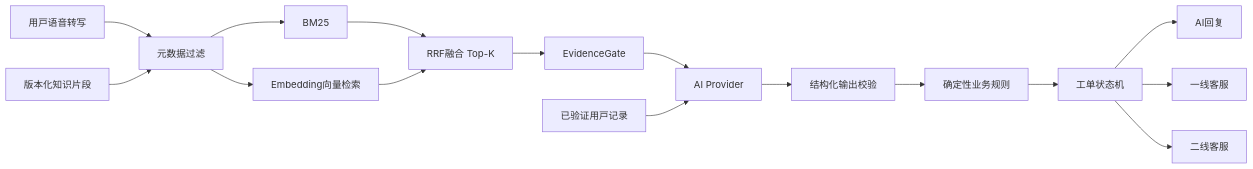
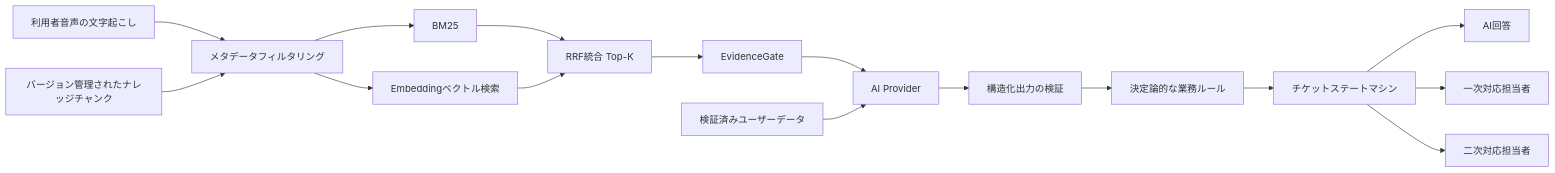
One commit to avrilray-np/customer-service-copilot changed the diagram in README.md. Above: the diagram before and after it, drawn with Mermaid. The commit also changed other lines of this file, not shown here.

````diff
--- a/README.md
+++ b/README.md
@@ -32,18 +32,18 @@
 ```mermaid
 flowchart LR
-    U[用户语音转写] --> M[元数据过滤]
-    K[版本化知识片段] --> M
+    U[利用者音声の文字起こし] --> M[メタデータフィルタリング]
+    K[バージョン管理されたナレッジチャンク] --> M
     M --> B[BM25]
-    M --> V[Embedding向量检索]
-    B --> F[RRF融合 Top-K]
+    M --> V[Embeddingベクトル検索]
+    B --> F[RRF統合 Top-K]
     V --> F
     F --> G[EvidenceGate]
     G --> P[AI Provider]
-    D[已验证用户记录] --> P
-    P --> S[结构化输出校验]
-    S --> R[确定性业务规则]
-    R --> T[工单状态机]
-    T --> A[AI回复]
-    T --> L1[一线客服]
-    T --> L2[二线客服]
+    D[検証済みユーザーデータ] --> P
+    P --> S[構造化出力の検証]
+    S --> R[決定論的な業務ルール]
+    R --> T[チケットステートマシン]
+    T --> A[AI回答]
+    T --> L1[一次対応担当者]
+    T --> L2[二次対応担当者]
 ```
````
